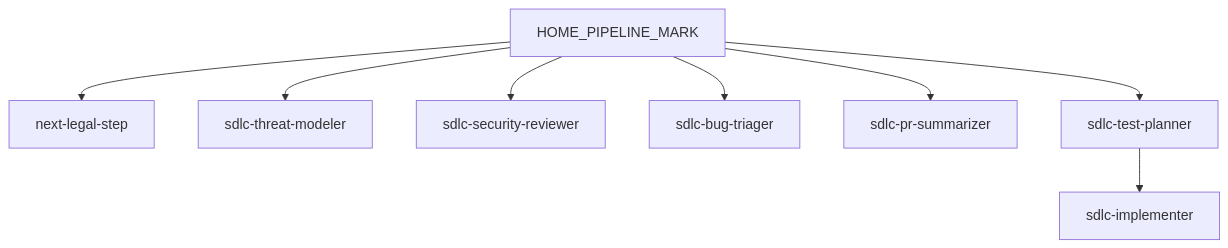
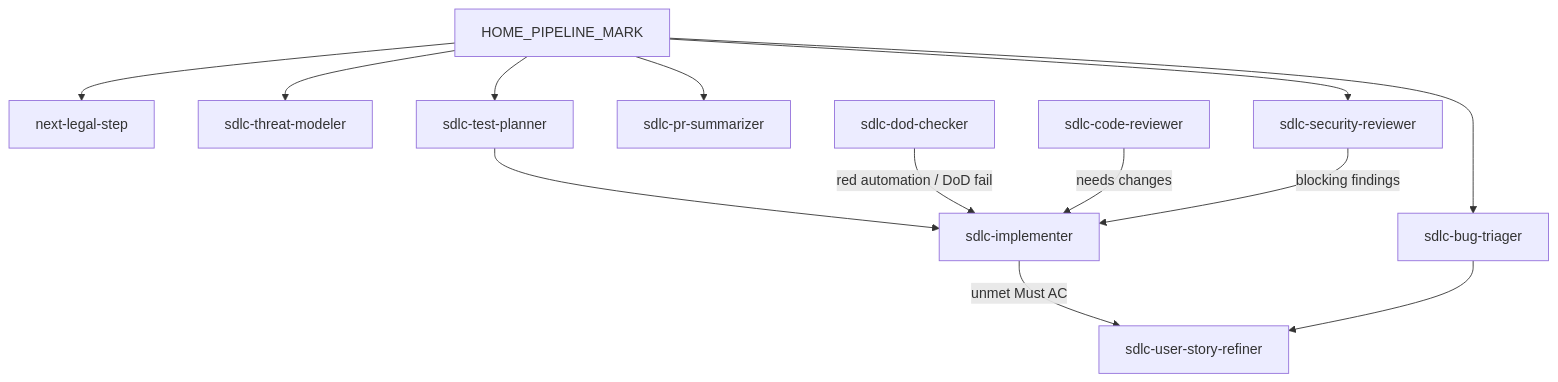
One commit to mjbvilhena/ai-sdlc-harness changed the diagram in tests/docs_browser/e2e/fixtures/lifecycle_pipeline.md. Above: the diagram before and after it, drawn with Mermaid. The commit also changed other lines of this file and 6 other files, not shown here.

````diff
--- a/tests/docs_browser/e2e/fixtures/lifecycle_pipeline.md
+++ b/tests/docs_browser/e2e/fixtures/lifecycle_pipeline.md
@@ -5,17 +5,25 @@
 ```mermaid
 flowchart TD
     HOME_PIPELINE_NODE[HOME_PIPELINE_MARK]
     HOME_PIPELINE_NODE --> NEXT[next-legal-step]
     Threat[sdlc-threat-modeler]
     Sec[sdlc-security-reviewer]
     Triage[sdlc-bug-triager]
     PRSum[sdlc-pr-summarizer]
     Planner[sdlc-test-planner]
     Implementer[sdlc-implementer]
+    Refiner[sdlc-user-story-refiner]
+    DoD[sdlc-dod-checker]
+    CodeReviewer[sdlc-code-reviewer]
     HOME_PIPELINE_NODE --> Threat
     HOME_PIPELINE_NODE --> Sec
     HOME_PIPELINE_NODE --> Triage
     HOME_PIPELINE_NODE --> PRSum
     HOME_PIPELINE_NODE --> Planner
     Planner --> Implementer
+    DoD -->|"red automation / DoD fail"| Implementer
+    CodeReviewer -->|"needs changes"| Implementer
+    Sec -->|"blocking findings"| Implementer
+    Implementer -->|"unmet Must AC"| Refiner
+    Triage --> Refiner
 ```
````
